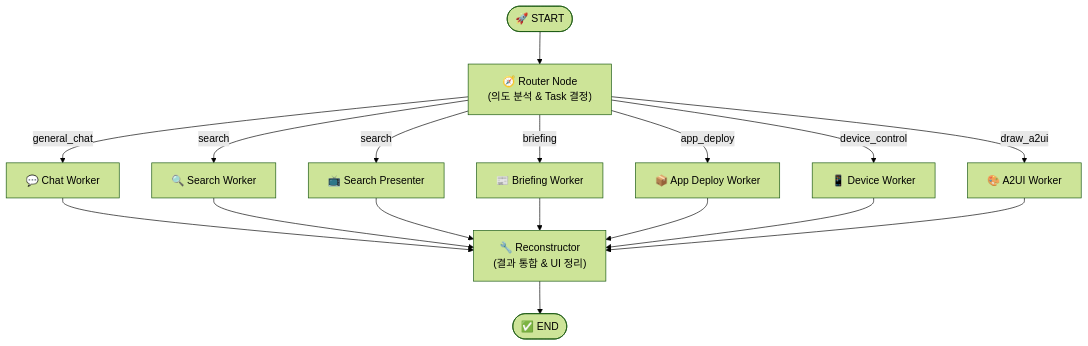
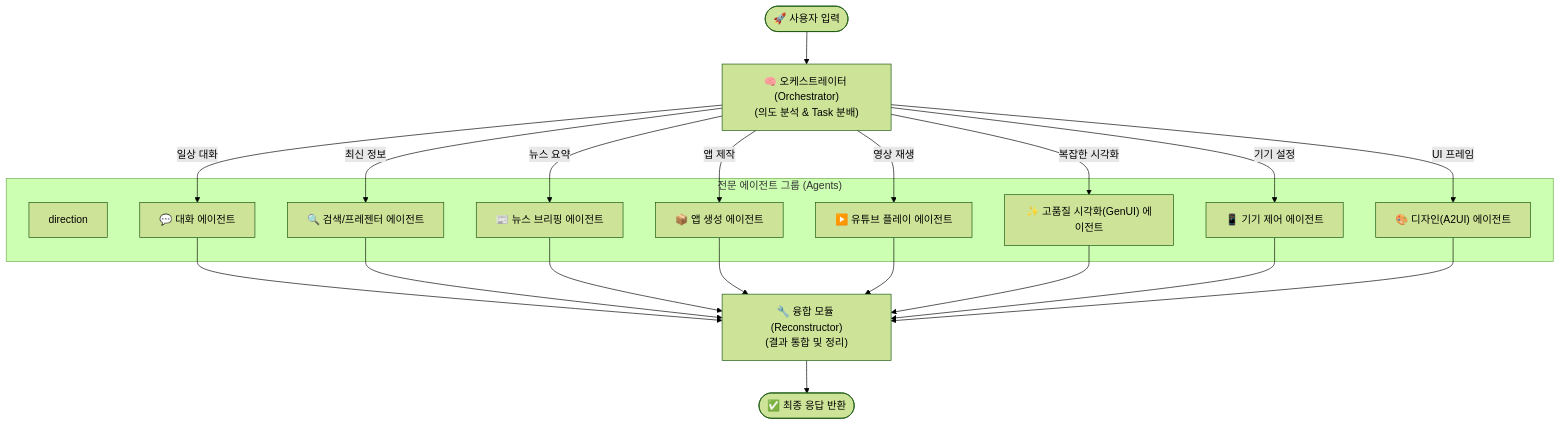
The first of 3 diagrams in README.md (shyunMin/tizen-home-agent), drawn with Mermaid (forest theme) before and after one commit. The commit also changed other lines of this file and 12 other files, not shown here.

Commit message:
Update architecture diagram to conceptual agents and add GenUI

````diff
--- a/README.md
+++ b/README.md
@@ -18,22 +18,36 @@
 ```mermaid
 graph TD
-    START([🚀 START]) --> router_node["🧭 Router Node\n(의도 분석 & Task 결정)"]
+    START([🚀 사용자 입력]) --> Orchestrator["🧠 오케스트레이터 (Orchestrator)\n(의도 분석 & Task 분배)"]
     
-    router_node -->|general_chat| chat_worker["💬 Chat Worker"]
-    router_node -->|search| search_worker["🔍 Search Worker"]
-    router_node -->|search| search_presenter["📺 Search Presenter"]
-    router_node -->|briefing| briefing_worker["📰 Briefing Worker"]
-    router_node -->|app_deploy| app_deploy_worker["📦 App Deploy Worker"]
-    router_node -->|device_control| device_worker["📱 Device Worker"]
-    router_node -->|draw_a2ui| a2ui_worker["🎨 A2UI Worker"]
+    subgraph Agents ["전문 에이전트 그룹 (Agents)"]
+        direction 
+        ChatAgent["💬 대화 에이전트"]
+        SearchAgent["🔍 검색/프레젠터 에이전트"]
+        BriefingAgent["📰 뉴스 브리핑 에이전트"]
+        AppGenAgent["📦 앱 생성 에이전트"]
+        YouTubeAgent["▶️ 유튜브 플레이 에이전트"]
+        GenUIAgent["✨ 고품질 시각화(GenUI) 에이전트"]
+        DeviceAgent["📱 기기 제어 에이전트"]
+        DesignAgent["🎨 디자인(A2UI) 에이전트"]
+    end
     
-    chat_worker --> reconstructor["🔧 Reconstructor\n(결과 통합 & UI 정리)"]
-    search_worker --> reconstructor
-    search_presenter --> reconstructor
-    briefing_worker --> reconstructor
-    app_deploy_worker --> reconstructor
-    device_worker --> reconstructor
-    a2ui_worker --> reconstructor
+    Orchestrator -->|일상 대화| ChatAgent
+    Orchestrator -->|최신 정보| SearchAgent
+    Orchestrator -->|뉴스 요약| BriefingAgent
+    Orchestrator -->|앱 제작| AppGenAgent
+    Orchestrator -->|영상 재생| YouTubeAgent
+    Orchestrator -->|복잡한 시각화| GenUIAgent
+    Orchestrator -->|기기 설정| DeviceAgent
+    Orchestrator -->|UI 프레임| DesignAgent
     
-    reconstructor --> END([✅ END])
+    ChatAgent --> Reconstructor
+    SearchAgent --> Reconstructor
+    BriefingAgent --> Reconstructor
+    AppGenAgent --> Reconstructor
+    YouTubeAgent --> Reconstructor
+    GenUIAgent --> Reconstructor
+    DeviceAgent --> Reconstructor
+    DesignAgent --> Reconstructor
+    
+    Reconstructor["🔧 융합 모듈 (Reconstructor)\n(결과 통합 및 정리)"] --> END([✅ 최종 응답 반환])
 ```
````
